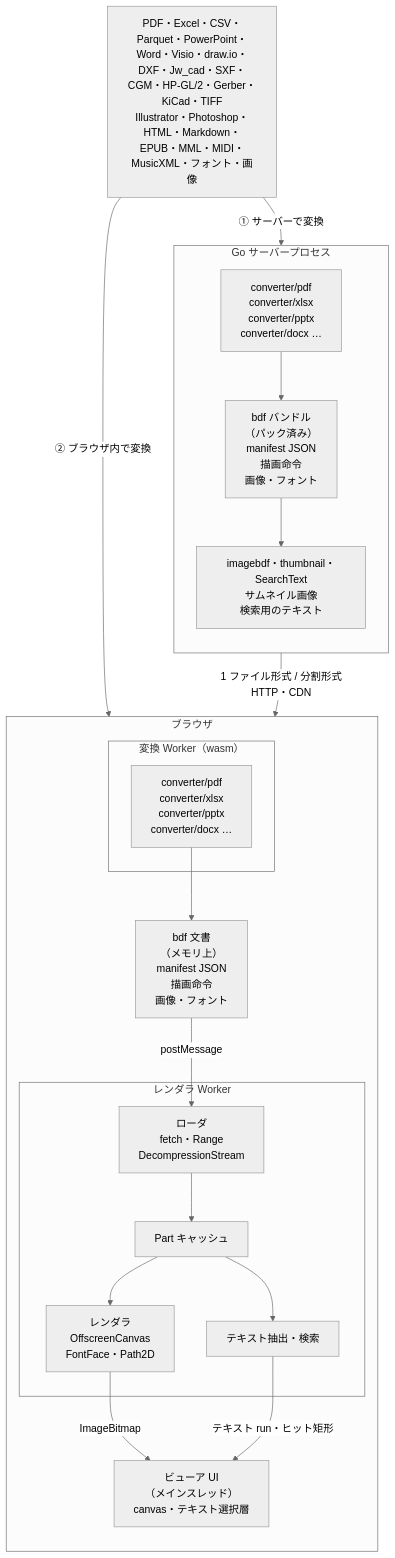
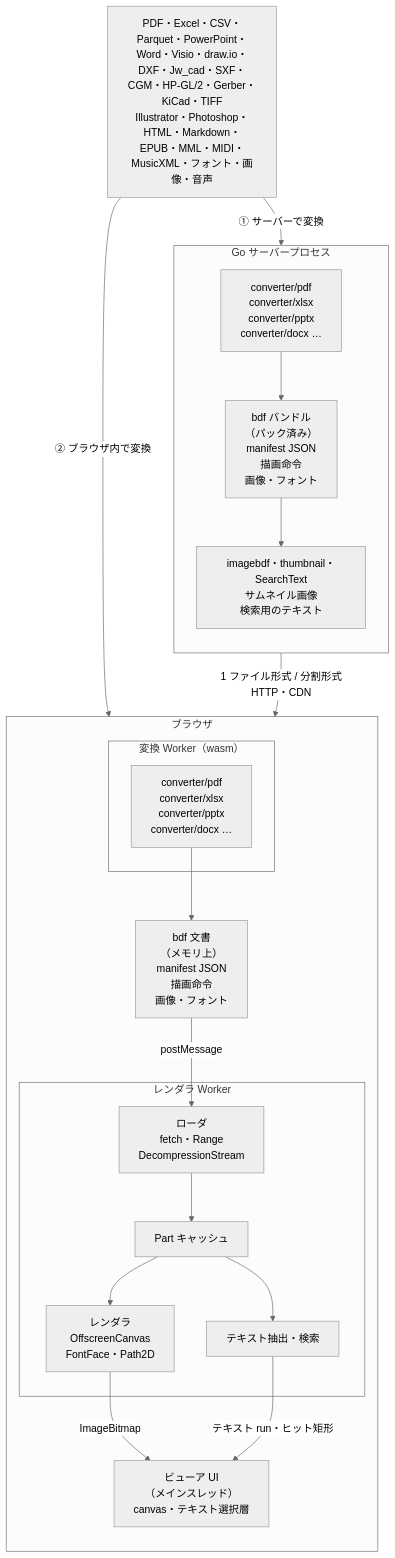
One commit to shibukawa/bdf changed the diagram in docs/architecture/index.ja.md. Above: the diagram before and after it, drawn with Mermaid (neutral theme). The commit also changed 77 other files, not shown here.

````diff
--- a/docs/architecture/index.ja.md
+++ b/docs/architecture/index.ja.md
@@ -5,39 +5,39 @@
 ```mermaid
 flowchart TB
-    SRC["PDF・Excel・CSV・Parquet・PowerPoint・Word・Visio・draw.io・DXF・Jw_cad・SXF・CGM・HP-GL/2・Gerber・KiCad・TIFF<br/>Illustrator・Photoshop・HTML・Markdown・EPUB・MML・MIDI・MusicXML・フォント・画像"]
+    SRC["PDF・Excel・CSV・Parquet・PowerPoint・Word・Visio・draw.io・DXF・Jw_cad・SXF・CGM・HP-GL/2・Gerber・KiCad・TIFF<br/>Illustrator・Photoshop・HTML・Markdown・EPUB・MML・MIDI・MusicXML・フォント・画像・音声"]
 
     subgraph SERVER["Go サーバープロセス"]
         direction TB
         SCONV["converter/pdf<br/>converter/xlsx<br/>converter/pptx<br/>converter/docx …"]
         BUNDLE["bdf バンドル<br/>（パック済み）<br/>manifest JSON<br/>描画命令<br/>画像・フォント"]
         PREVIEW["imagebdf・thumbnail・SearchText<br/>サムネイル画像<br/>検索用のテキスト"]
         SCONV --> BUNDLE
         BUNDLE --> PREVIEW
     end
 
     subgraph BROWSER["ブラウザ"]
         direction TB
         subgraph CWORKER["変換 Worker（wasm）"]
             WCONV["converter/pdf<br/>converter/xlsx<br/>converter/pptx<br/>converter/docx …"]
         end
         PARTS["bdf 文書<br/>（メモリ上）<br/>manifest JSON<br/>描画命令<br/>画像・フォント"]
         subgraph RWORKER["レンダラ Worker"]
             LOADER["ローダ<br/>fetch・Range<br/>DecompressionStream"]
             STORE["Part キャッシュ"]
             RENDER["レンダラ<br/>OffscreenCanvas<br/>FontFace・Path2D"]
             TEXT["テキスト抽出・検索"]
             LOADER --> STORE
             STORE --> RENDER
             STORE --> TEXT
         end
         UI["ビューア UI<br/>（メインスレッド）<br/>canvas・テキスト選択層"]
         WCONV --> PARTS
     end
 
     SRC -- "① サーバーで変換" --> SCONV
     SRC -- "② ブラウザ内で変換" --> WCONV
     BUNDLE -- "1 ファイル形式 / 分割形式<br/>HTTP・CDN" --> LOADER
     PARTS -- "postMessage" --> LOADER
     RENDER -- "ImageBitmap" --> UI
     TEXT -- "テキスト run・ヒット矩形" --> UI
 ```
````
